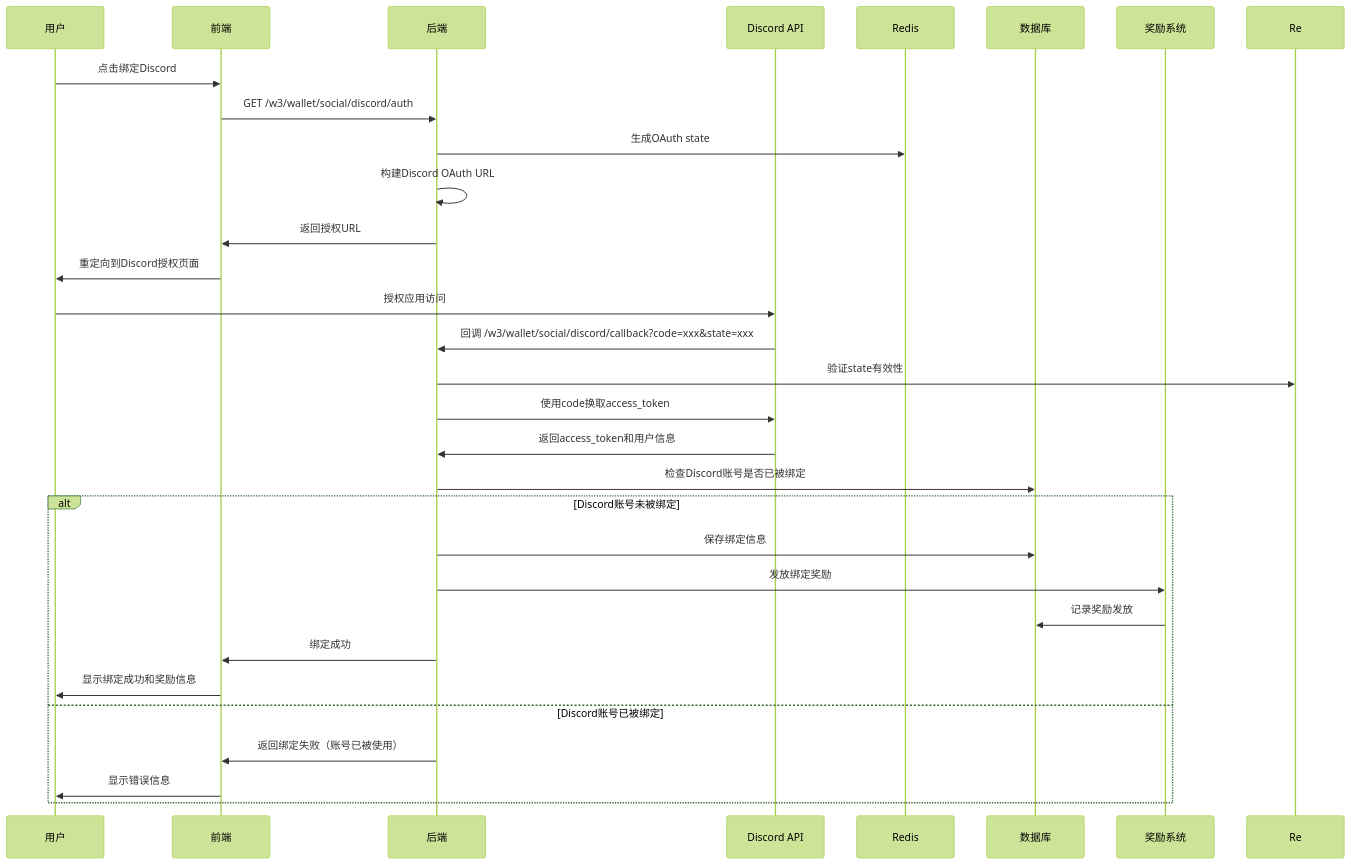
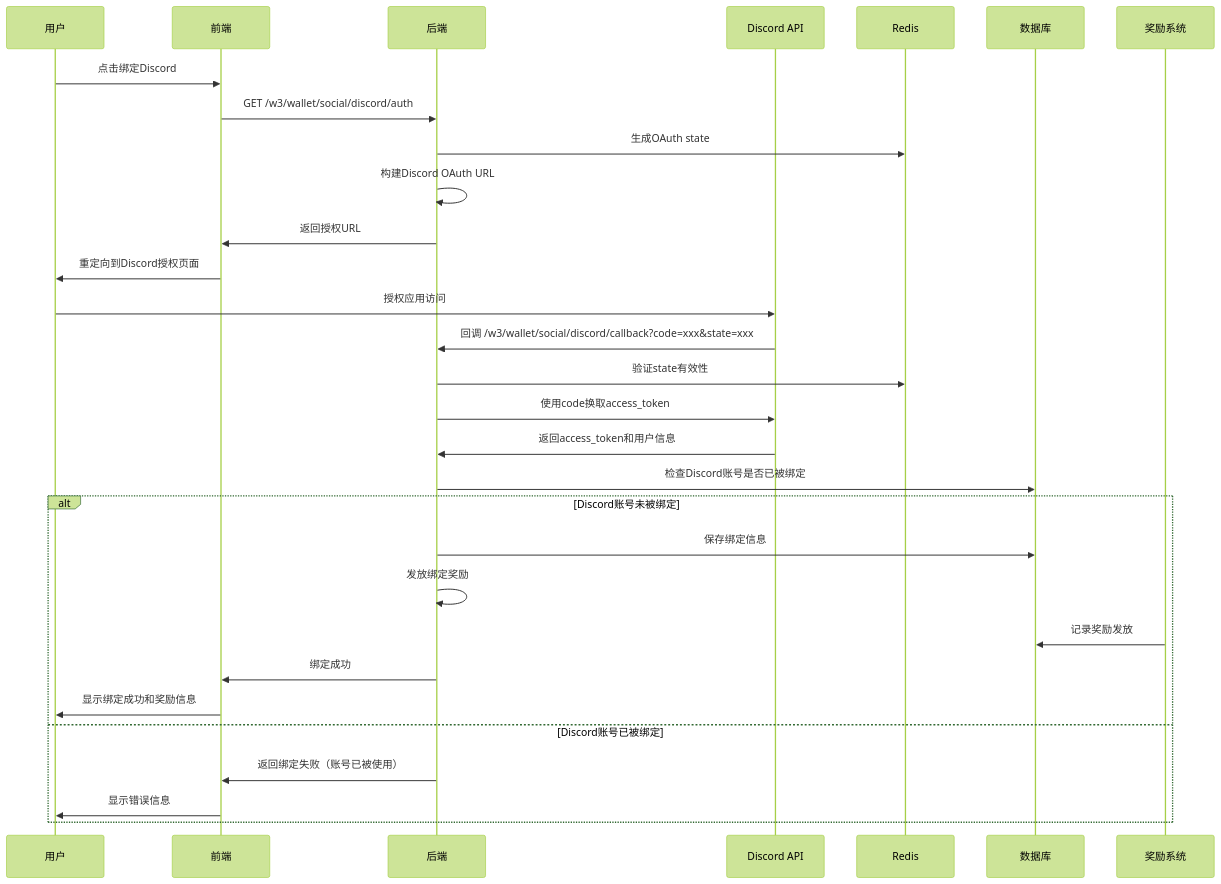
Before and after one commit to yingjianzh/iodraw-files: the diagram in all/未命名-71.md, drawn with Mermaid (forest theme).

Commit message:
2025-07-03 16:22:04 update

````diff
--- a/all/未命名-71.md
+++ b/all/未命名-71.md
@@ -1,35 +1,35 @@
 ```mermaid
 sequenceDiagram
     participant User as 用户
     participant Frontend as 前端
     participant Backend as 后端
     participant Discord as Discord API
     participant Redis as Redis
     participant DB as 数据库
     participant Reward as 奖励系统
 
     User->>Frontend: 点击绑定Discord
     Frontend->>Backend: GET /w3/wallet/social/discord/auth
     Backend->>Redis: 生成OAuth state
     Backend->>Backend: 构建Discord OAuth URL
     Backend->>Frontend: 返回授权URL
     Frontend->>User: 重定向到Discord授权页面
     
     User->>Discord: 授权应用访问
     Discord->>Backend: 回调 /w3/wallet/social/discord/callback?code=xxx&state=xxx
-    Backend->>Re: 验证state有效性
+    Backend->>Redis: 验证state有效性
     Backend->>Discord: 使用code换取access_token
     Discord->>Backend: 返回access_token和用户信息
     Backend->>DB: 检查Discord账号是否已被绑定
     
     alt Discord账号未被绑定
         Backend->>DB: 保存绑定信息
-        Backend->>Reward: 发放绑定奖励
+        Backend->>Backend: 发放绑定奖励
         Reward->>DB: 记录奖励发放
         Backend->>Frontend: 绑定成功
         Frontend->>User: 显示绑定成功和奖励信息
     else Discord账号已被绑定
         Backend->>Frontend: 返回绑定失败（账号已被使用）
         Frontend->>User: 显示错误信息
     end
 ```
````
